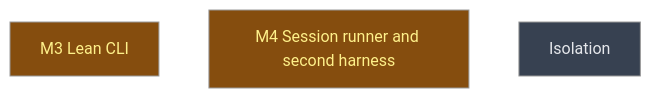
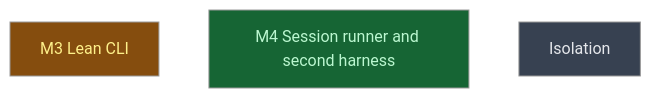
One commit to CrackingShells/Candler changed the diagram in __roadmap__/candler-v1/contracts/parity/alignment/surfaces/README.md. Above: the diagram before and after it, drawn with Mermaid (neutral theme). The commit also changed other lines of this file and 1 other file, not shown here.

Commit message:
reports(runner): close the m4-session-runner milestone
The milestone's knowledge transfer records what the late stages caught
that the gates did not: OpenCode's version probe in the read-only
control container, the env tag shared across harness bases, the new
crate missing from the release config, and a controls guard that
needed a prebuilt base image on CI's cold daemon. It names the plan and
coordination changes that would have caught each earlier. The M4 leaf
of the candler-v1 roadmap is done.

````diff
--- a/__roadmap__/candler-v1/contracts/parity/alignment/surfaces/README.md
+++ b/__roadmap__/candler-v1/contracts/parity/alignment/surfaces/README.md
@@ -17,11 +17,11 @@
 ```mermaid
 graph TD
     m3_lean_cli[M3 Lean CLI]:::inprogress
-    m4_session_runner[M4 Session runner and second harness]:::inprogress
+    m4_session_runner[M4 Session runner and second harness]:::done
     isolation[Isolation]:::planned
     classDef done       fill:#166534,color:#bbf7d0
     classDef inprogress fill:#854d0e,color:#fef08a
     classDef planned    fill:#374151,color:#e5e7eb
     classDef amendment  fill:#1e3a5f,color:#bfdbfe
     classDef blocked    fill:#7f1d1d,color:#fecaca
 ```
````
